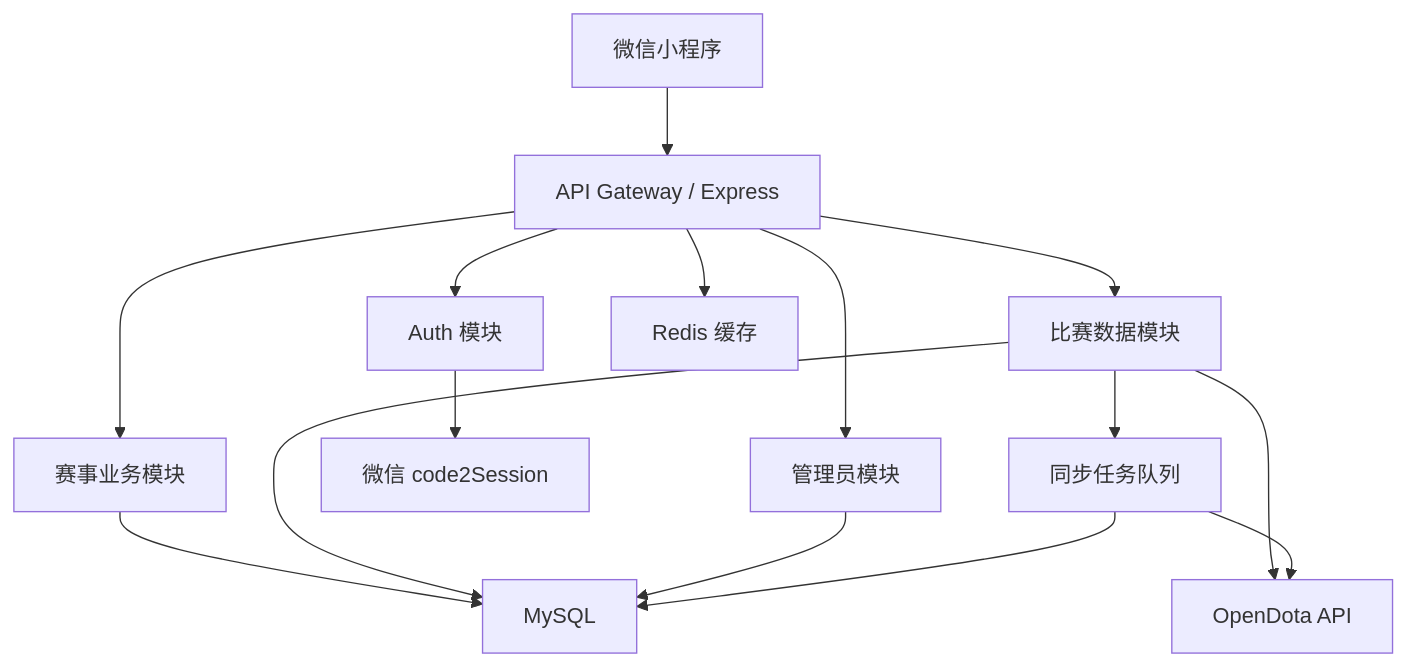
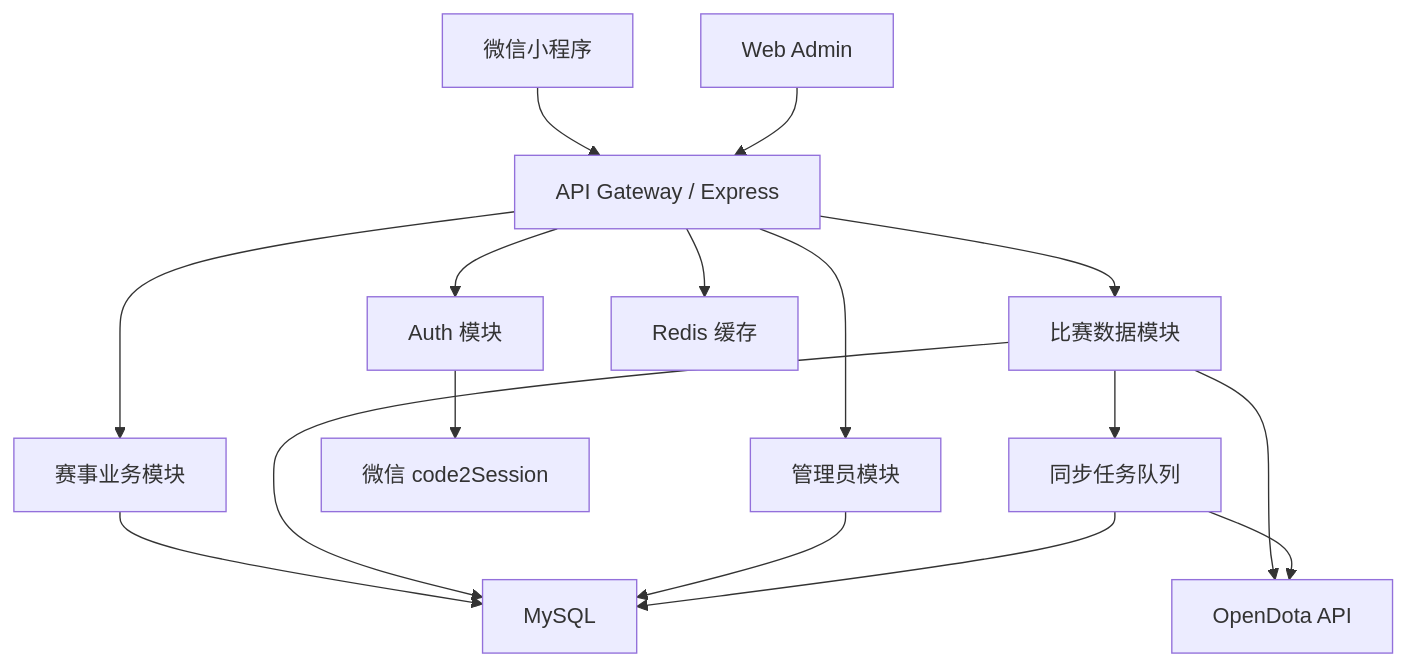
Before and after one commit to HuangLA/mrjz-app: the first of 3 diagrams in docs/TECHNICAL_DESIGN.md, drawn with Mermaid. The commit also changed other lines of this file and 4 other files, not shown here.

Commit message:
Refine architecture with web admin

````diff
--- a/docs/TECHNICAL_DESIGN.md
+++ b/docs/TECHNICAL_DESIGN.md
@@ -60,17 +77,18 @@
 ```mermaid
 flowchart TD
   A["微信小程序"] --> B["API Gateway / Express"]
+  W["Web Admin"] --> B
   B --> C["Auth 模块"]
   B --> D["赛事业务模块"]
   B --> E["比赛数据模块"]
   B --> F["管理员模块"]
   C --> G["微信 code2Session"]
   D --> H["MySQL"]
   E --> H
   F --> H
   E --> I["OpenDota API"]
   E --> J["同步任务队列"]
   J --> I
   J --> H
   B --> K["Redis 缓存"]
 ```
````
